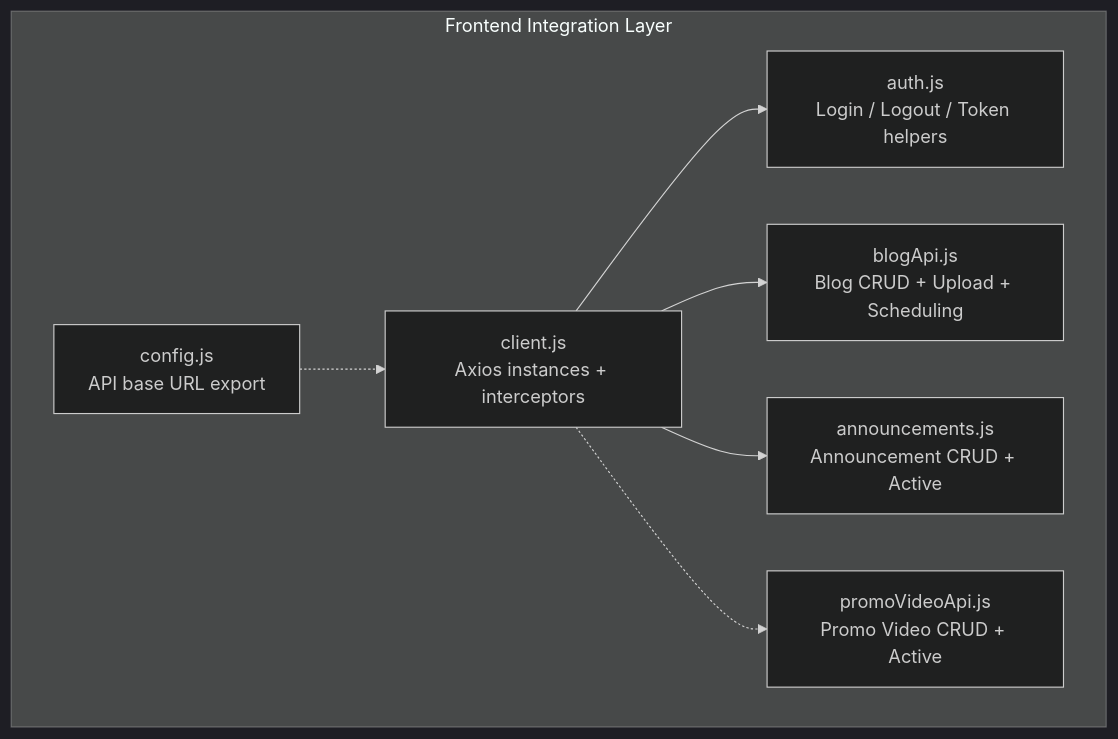
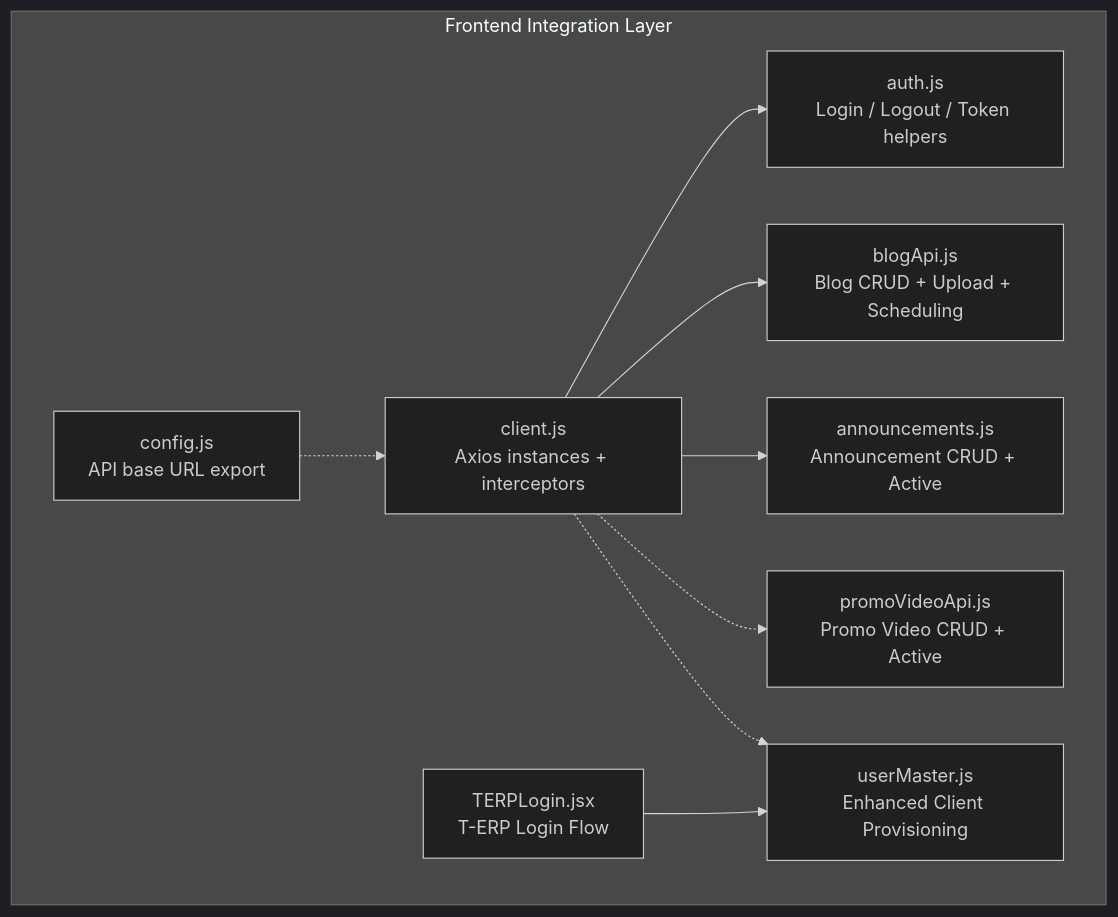
The first of 9 diagrams in .qoder/repowiki/en/content/API Integration Layer/API Integration Layer.md (imcbsglobal/TRELLISCO_ERP_FRONTEND), drawn with Mermaid (dark theme) before and after one commit. The commit also changed other lines of this file and 15 other files, not shown here.

````diff
--- a/.qoder/repowiki/en/content/API Integration Layer/API Integration Layer.md
+++ b/.qoder/repowiki/en/content/API Integration Layer/API Integration Layer.md
@@ -44,16 +56,20 @@
 ```mermaid
 graph TB
 subgraph "Frontend Integration Layer"
 Client["client.js<br/>Axios instances + interceptors"]
 Auth["auth.js<br/>Login / Logout / Token helpers"]
 Blog["blogApi.js<br/>Blog CRUD + Upload + Scheduling"]
 Ann["announcements.js<br/>Announcement CRUD + Active"]
 Promo["promoVideoApi.js<br/>Promo Video CRUD + Active"]
+UserMaster["userMaster.js<br/>Enhanced Client Provisioning"]
+TERPLogin["TERPLogin.jsx<br/>T-ERP Login Flow"]
 Config["config.js<br/>API base URL export"]
 end
 Client --> Auth
 Client --> Blog
 Client --> Ann
 Client -.-> Promo
+Client -.-> UserMaster
+TERPLogin --> UserMaster
 Config -.-> Client
 ```
````
